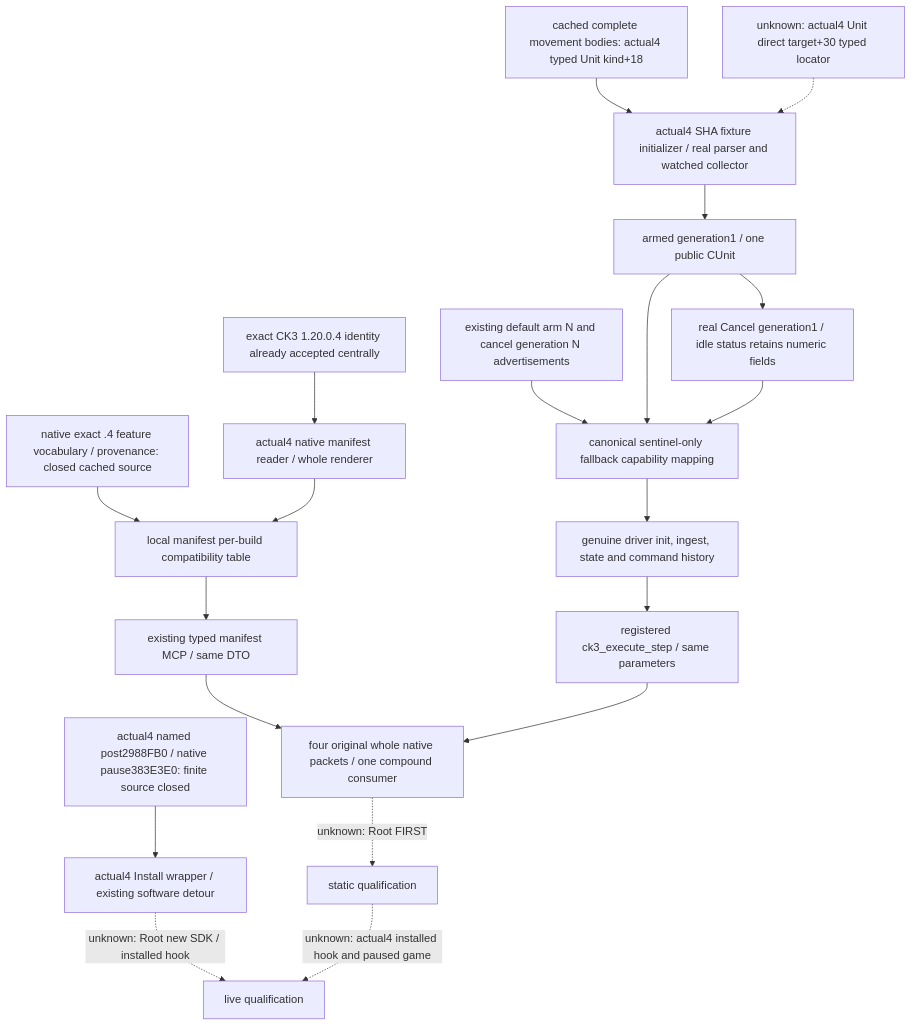
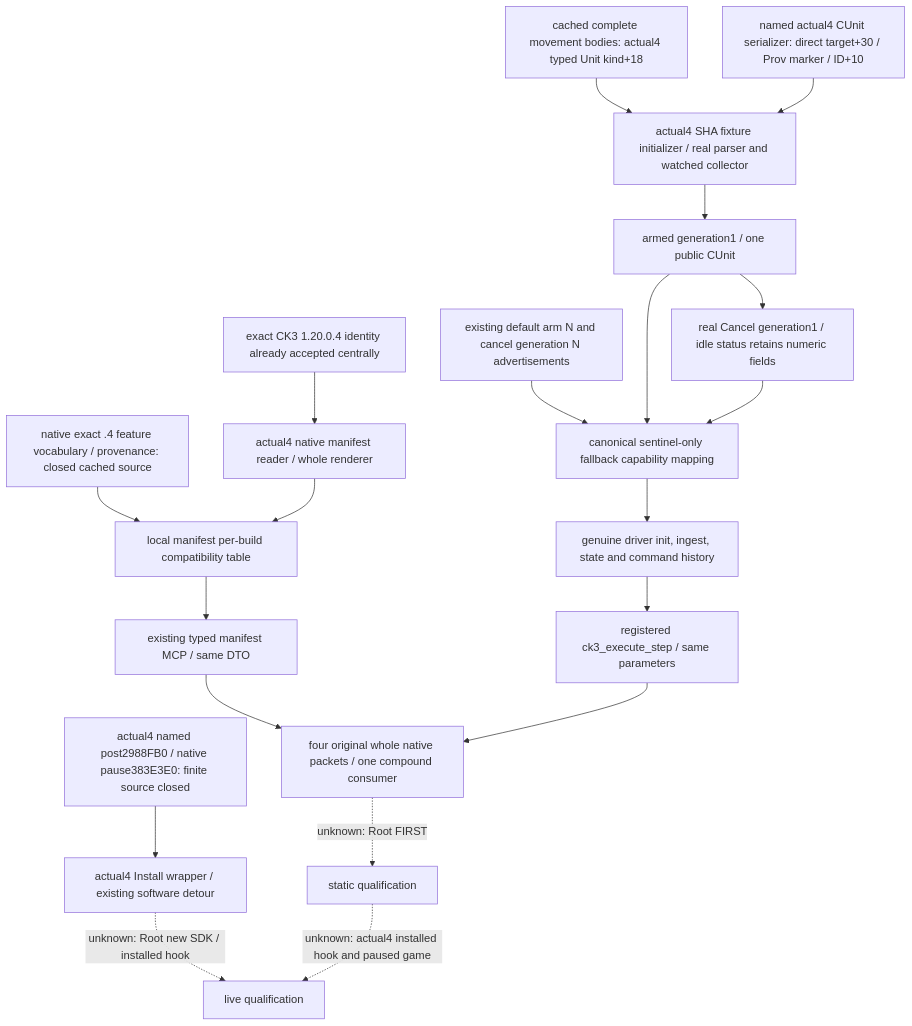
One commit to XenoAmess/ck3_eternal_recurrence changed the diagram in docs/ck3-native-ai/default-manifest-sentinel-migration-12004.md. Above: the diagram before and after it, drawn with Mermaid. The commit also changed other lines of this file and 1 other file, not shown here.

Commit message:
Document verified CK3 1.20.0.4 tactical sentinel target fields

````diff
--- a/docs/ck3-native-ai/default-manifest-sentinel-migration-12004.md
+++ b/docs/ck3-native-ai/default-manifest-sentinel-migration-12004.md
@@ -5,21 +5,21 @@
 ```mermaid
 flowchart TD
     B["exact CK3 1.20.0.4 identity already accepted centrally"] --> M["actual4 native manifest reader / whole renderer"]
     P["native exact .4 feature vocabulary / provenance: closed cached source"] --> N["local manifest per-build compatibility table"]
     M --> N --> Q["existing typed manifest MCP / same DTO"]
     S["actual4 SHA fixture initializer / real parser and watched collector"] --> A["armed generation1 / one public CUnit"]
     A --> C["real Cancel generation1 / idle status retains numeric fields"]
     T["existing default arm N and cancel generation N advertisements"] --> F["canonical sentinel-only fallback capability mapping"]
     A --> F
     C --> F
     F --> D["genuine driver init, ingest, state and command history"]
     D --> E["registered ck3_execute_step / same parameters"]
     Q --> O["four original whole native packets / one compound consumer"]
     E --> O
     O -. "unknown: Root FIRST" .-> R["static qualification"]
     K["cached complete movement bodies: actual4 typed Unit kind+18"] --> S
-    U["unknown: actual4 Unit direct target+30 typed locator"] -.-> S
+    U["named actual4 CUnit serializer: direct target+30 / Prov marker / ID+10"] --> S
     H["actual4 named post2988FB0 / native pause383E3E0: finite source closed"] --> I["actual4 Install wrapper / existing software detour"]
     I -. "unknown: Root new SDK / installed hook" .-> L["live qualification"]
     R -. "unknown: actual4 installed hook and paused game" .-> L
 ```
````
